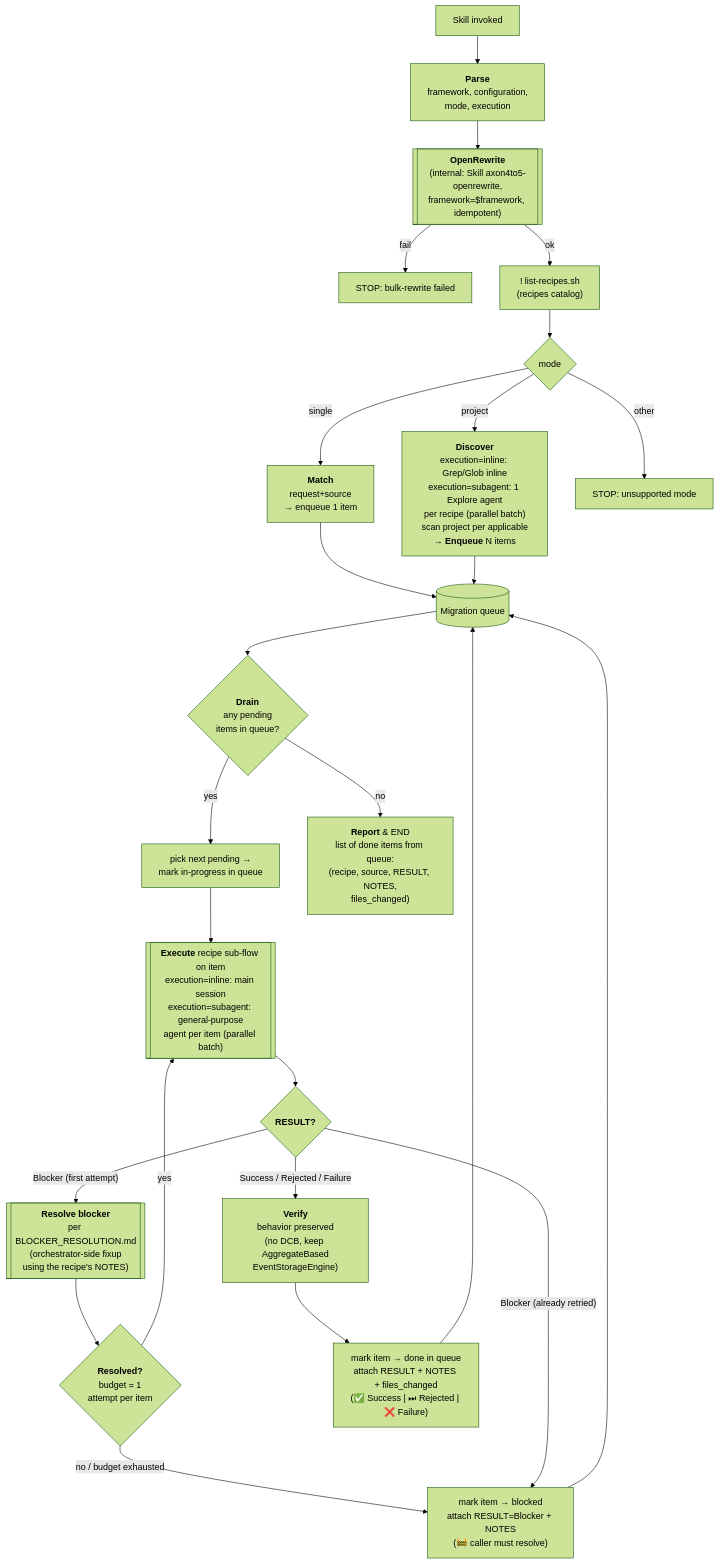
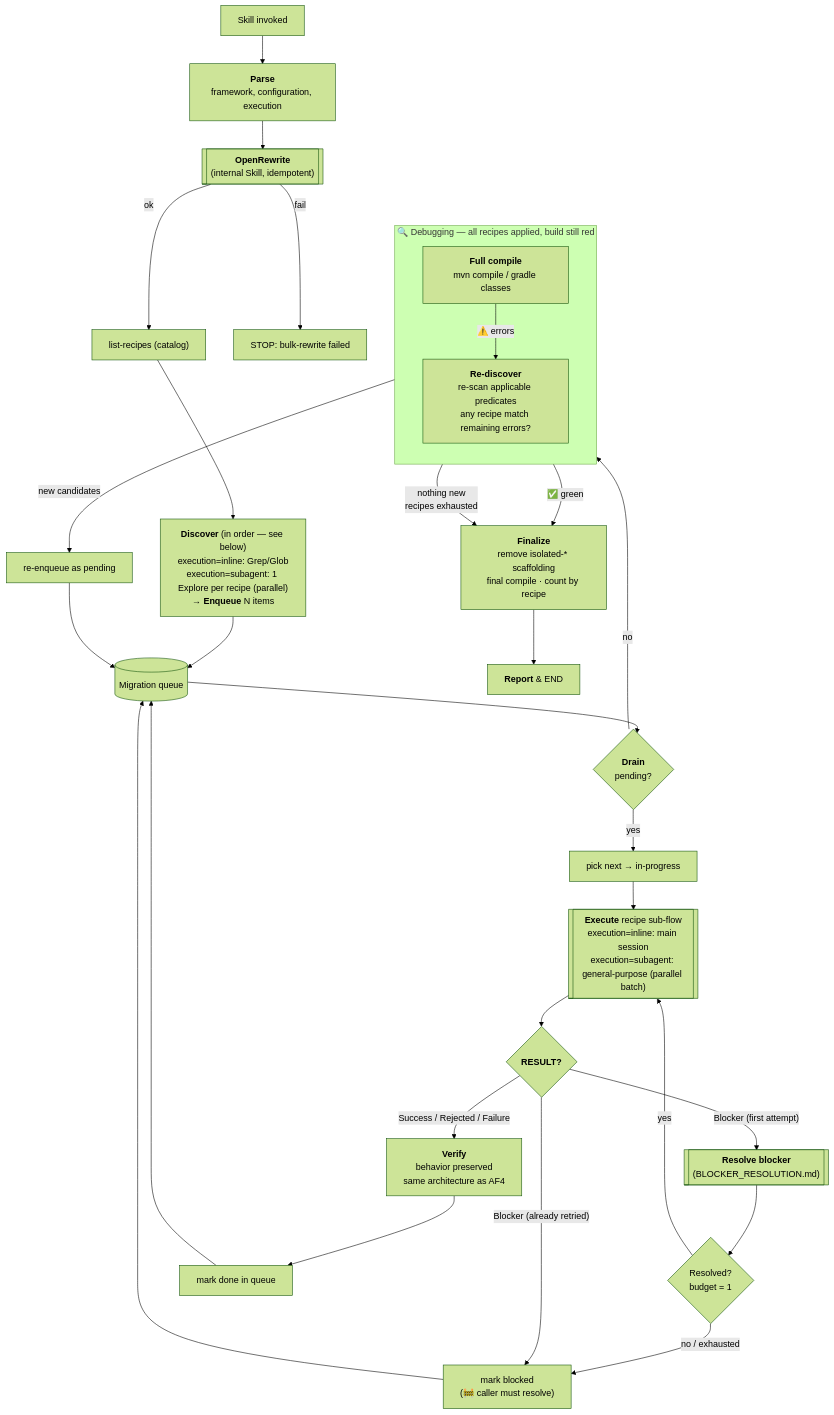
Before and after one commit to AxonIQ/agent-skills: the second of 2 diagrams in skills/axon4to5-migrate/SKILL.md, drawn with Mermaid (forest theme). The commit also changed other lines of this file and 1 other file, not shown here.

Commit message:
skill(af4to5-migrate): add debug flow in the main loop

````diff
--- a/skills/axon4to5-migrate/SKILL.md
+++ b/skills/axon4to5-migrate/SKILL.md
@@ -138,29 +164,36 @@
 ```mermaid
 flowchart TD
-    A[Skill invoked] --> PARSE["<b>Parse</b><br/>framework, configuration,<br/>mode, execution"]
-    PARSE --> ORW[["<b>OpenRewrite</b><br/>(internal: Skill axon4to5-openrewrite,<br/>framework=$framework, idempotent)"]]
+    A[Skill invoked] --> PARSE["<b>Parse</b><br/>framework, configuration, execution"]
+    PARSE --> ORW[["<b>OpenRewrite</b><br/>(internal Skill, idempotent)"]]
     ORW -- fail --> XORW[STOP: bulk-rewrite failed]
-    ORW -- ok --> B["! list-recipes.sh<br/>(recipes catalog)"]
-    B --> C{mode}
-%% mode-specific producers — all feed the same queue
-    C -- single --> P1["<b>Match</b><br/>request+source<br/>→ enqueue 1 item"]
-    C -- project --> P2["<b>Discover</b><br/>execution=inline: Grep/Glob inline<br/>execution=subagent: 1 Explore agent<br/>per recipe (parallel batch)<br/>scan project per applicable<br/>→ <b>Enqueue</b> N items"]
-    C -- other --> X[STOP: unsupported mode]
-    P1 --> Q[(Migration queue)]
-    P2 --> Q
-%% shared processing loop — items stay in the queue, state transitions write back to it
-    Q --> L{<b>Drain</b><br/>any pending<br/>items in queue?}
-    L -- yes --> INP["pick next pending →<br/>mark in-progress in queue"]
-    INP --> W[["<b>Execute</b> recipe sub-flow on item<br/>execution=inline: main session<br/>execution=subagent: general-purpose<br/>agent per item (parallel batch)"]]
+    ORW -- ok --> B["list-recipes (catalog)"]
+    B --> DISC["<b>Discover</b> (in order — see below)<br/>execution=inline: Grep/Glob<br/>execution=subagent: 1 Explore per recipe (parallel)<br/>→ <b>Enqueue</b> N items"]
+    DISC --> Q[(Migration queue)]
+    Q --> L{"<b>Drain</b><br/>pending?"}
+    L -- yes --> INP["pick next → in-progress"]
+    INP --> W[["<b>Execute</b> recipe sub-flow<br/>execution=inline: main session<br/>execution=subagent: general-purpose (parallel batch)"]]
     W --> R{<b>RESULT?</b>}
-    R -- "Blocker (first attempt)" --> BR[["<b>Resolve blocker</b><br/>per BLOCKER_RESOLUTION.md<br/>(orchestrator-side fixup<br/>using the recipe's NOTES)"]]
-    BR --> BRQ{<b>Resolved?</b><br/>budget = 1<br/>attempt per item}
+    R -- "Blocker (first attempt)" --> BR[["<b>Resolve blocker</b><br/>(BLOCKER_RESOLUTION.md)"]]
+    BR --> BRQ{"Resolved?<br/>budget = 1"}
     BRQ -- yes --> W
-    BRQ -- "no / budget exhausted" --> BLK["mark item → blocked<br/>attach RESULT=Blocker + NOTES<br/>(🚧 caller must resolve)"]
+    BRQ -- "no / exhausted" --> BLK["mark blocked<br/>(🚧 caller must resolve)"]
     R -- "Blocker (already retried)" --> BLK
-    R -- "Success / Rejected / Failure" --> VER["<b>Verify</b><br/>behavior preserved<br/>(no DCB, keep AggregateBased<br/>EventStorageEngine)"]
-    VER --> DONE["mark item → done in queue<br/>attach RESULT + NOTES + files_changed<br/>(✅ Success | ⏭ Rejected | ❌ Failure)"]
+    R -- "Success / Rejected / Failure" --> VER["<b>Verify</b><br/>behavior preserved<br/>same architecture as AF4"]
+    VER --> DONE["mark done in queue"]
     DONE --> Q
     BLK --> Q
-    L -- no --> RPT["<b>Report</b> &amp; END<br/>list of done items from queue:<br/>(recipe, source, RESULT, NOTES,<br/>files_changed)"]
+    L -- no --> DBG_COMP
+
+    subgraph DEBUG ["🔍 Debugging — all recipes applied, build still red"]
+        direction TB
+        DBG_COMP["<b>Full compile</b><br/>mvn compile / gradle classes"]
+        DBG_REDISC["<b>Re-discover</b><br/>re-scan applicable predicates<br/>any recipe match remaining errors?"]
+        DBG_COMP -- "⚠️ errors" --> DBG_REDISC
+    end
+
+    DBG_COMP -- "✅ green" --> FIN["<b>Finalize</b><br/>remove isolated-* scaffolding<br/>final compile · count by recipe"]
+    DBG_REDISC -- "new candidates" --> REENQ["re-enqueue as pending"]
+    REENQ --> Q
+    DBG_REDISC -- "nothing new<br/>recipes exhausted" --> FIN
+    FIN --> RPT["<b>Report</b> &amp; END"]
 ```
````
